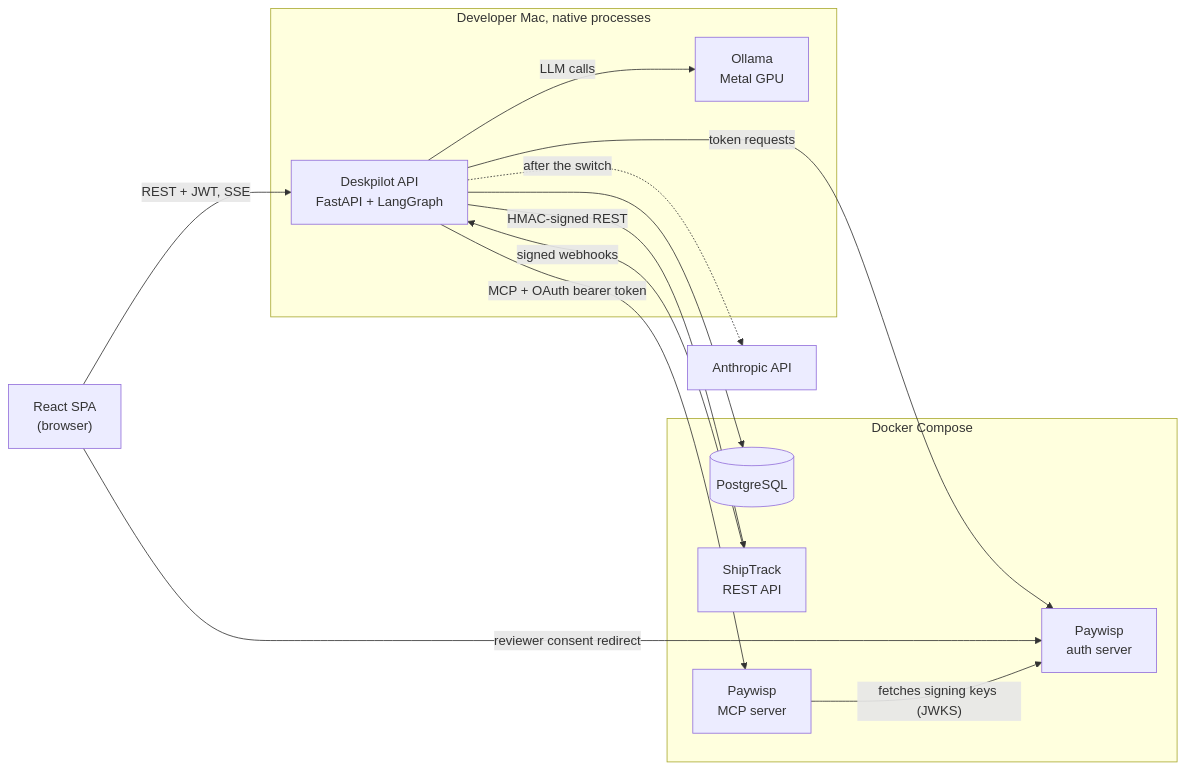
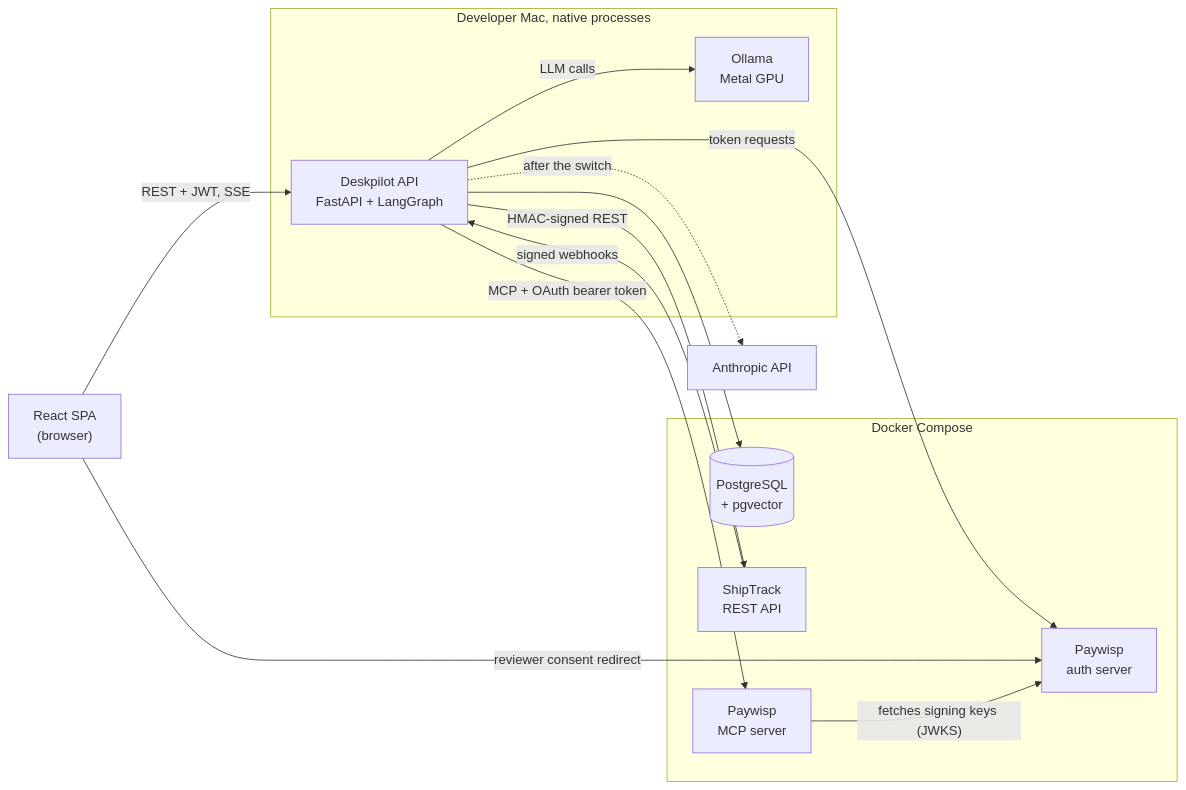
The first of 2 diagrams in docs/architecture/overview.md (olegood/deskpilot), drawn with Mermaid before and after one commit. The commit also changed other lines of this file and 5 other files, not shown here.

````diff
--- a/docs/architecture/overview.md
+++ b/docs/architecture/overview.md
@@ -12,29 +12,29 @@
 ```mermaid
 flowchart LR
     SPA["React SPA<br/>(browser)"]
 
     subgraph Host["Developer Mac, native processes"]
         API["Deskpilot API<br/>FastAPI + LangGraph"]
         OLL["Ollama<br/>Metal GPU"]
     end
 
     subgraph Compose["Docker Compose"]
-        PG[("PostgreSQL")]
+        PG[("PostgreSQL<br/>+ pgvector")]
         ST["ShipTrack<br/>REST API"]
         PWA["Paywisp<br/>auth server"]
         PWM["Paywisp<br/>MCP server"]
     end
 
     ANT["Anthropic API"]
 
     SPA -- "REST + JWT, SSE" --> API
     API --> PG
     API -- "LLM calls" --> OLL
     API -. "after the switch" .-> ANT
     API -- "HMAC-signed REST" --> ST
     ST -- "signed webhooks" --> API
     API -- "MCP + OAuth bearer token" --> PWM
     API -- "token requests" --> PWA
     SPA -- "reviewer consent redirect" --> PWA
     PWM -- "fetches signing keys (JWKS)" --> PWA
 ```
````
